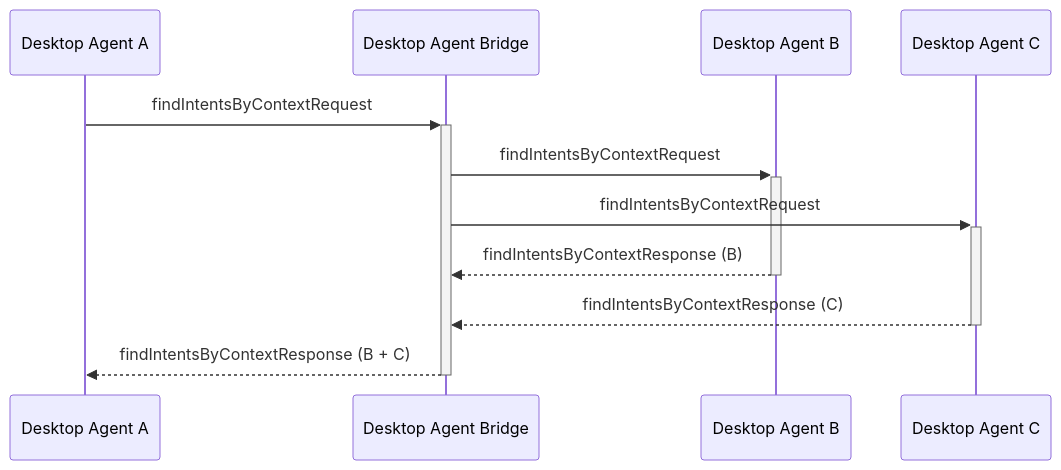
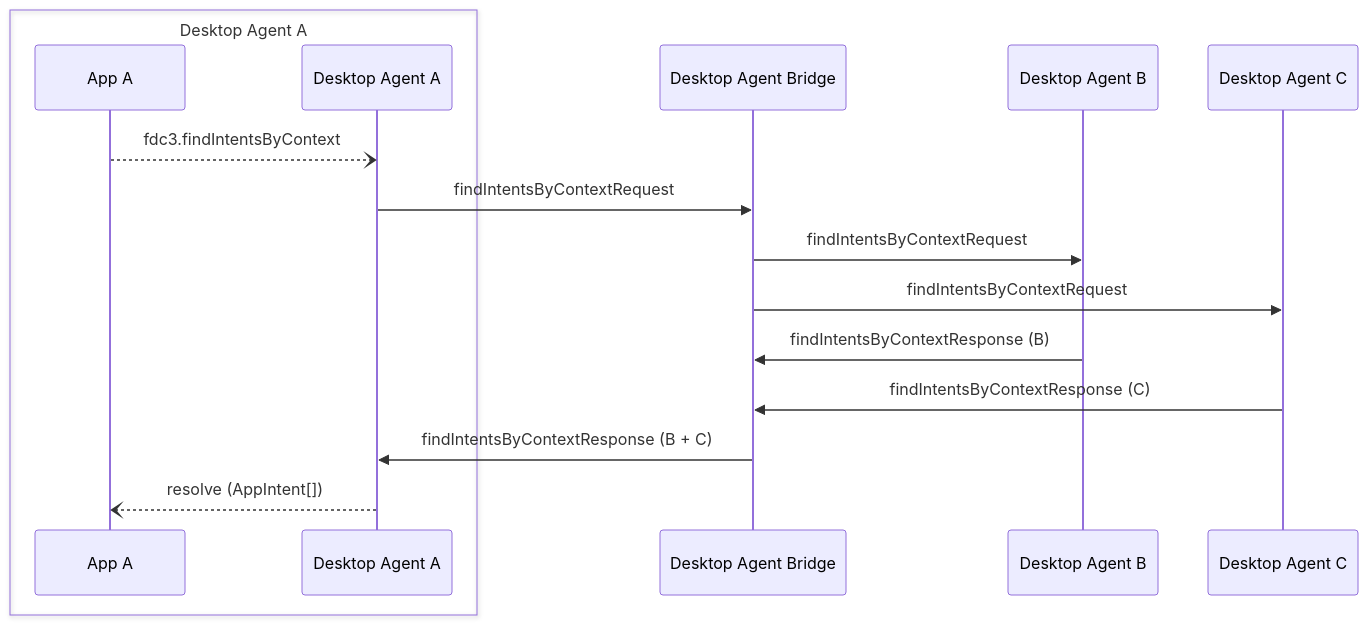
Before and after one commit to finos/FDC3: the diagram in docs/agent-bridging/ref/findIntentsByContext.md, drawn with Mermaid. The commit also changed 12 other files, not shown here.

First line of the commit message:
Add the app to each reference page mermaid diagram to clarify how mes… (#80)

````diff
--- a/docs/agent-bridging/ref/findIntentsByContext.md
+++ b/docs/agent-bridging/ref/findIntentsByContext.md
@@ -25,13 +25,18 @@
 ```mermaid
 sequenceDiagram
+    box Desktop Agent A
+    participant AA as App A
     participant DA as Desktop Agent A
+    end
     participant DAB as Desktop Agent Bridge
     participant DB as Desktop Agent B
     participant DC as Desktop Agent C
-    DA ->>+ DAB: findIntentsByContextRequest
-    DAB ->>+ DB: findIntentsByContextRequest
-    DAB ->>+ DC: findIntentsByContextRequest
-    DB -->>- DAB: findIntentsByContextResponse (B)
-    DC -->>- DAB: findIntentsByContextResponse (C)
-    DAB -->>- DA: findIntentsByContextResponse (B + C)
+    AA --) DA: fdc3.findIntentsByContext
+    DA ->> DAB: findIntentsByContextRequest
+    DAB ->> DB: findIntentsByContextRequest
+    DAB ->> DC: findIntentsByContextRequest
+    DB ->> DAB: findIntentsByContextResponse (B)
+    DC ->> DAB: findIntentsByContextResponse (C)
+    DAB ->> DA: findIntentsByContextResponse (B + C)
+    DA --) AA: resolve (AppIntent[])
 ```
````
